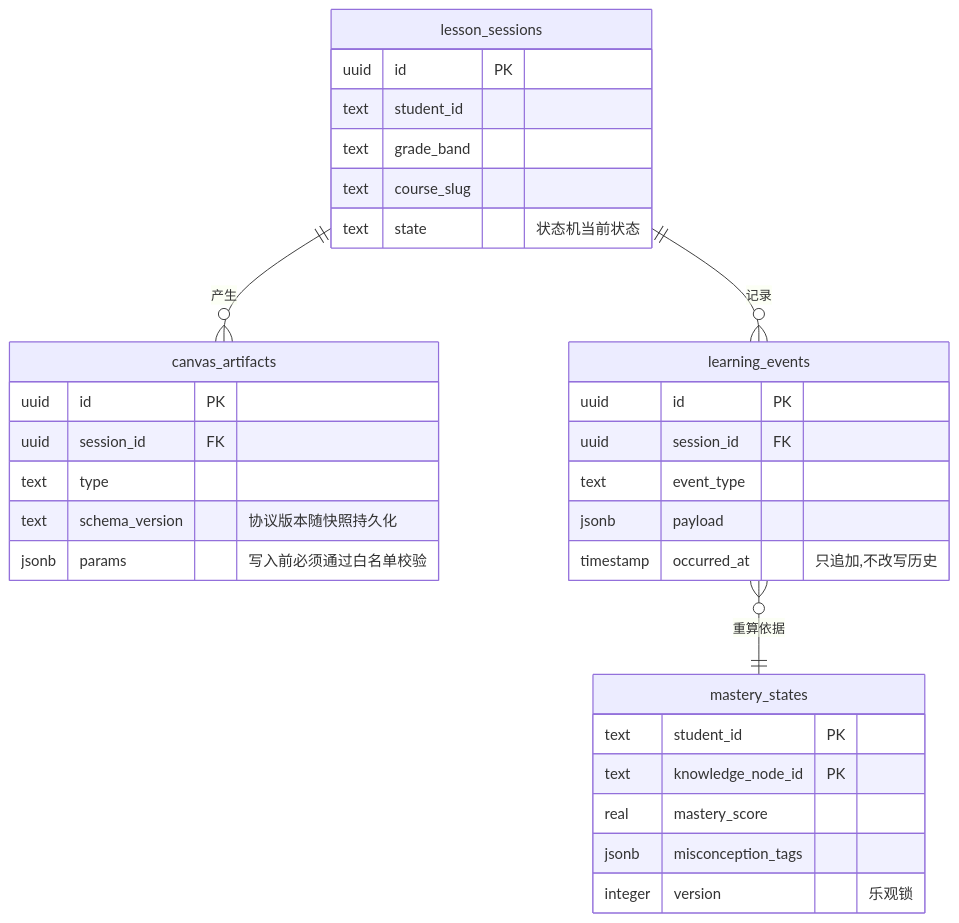
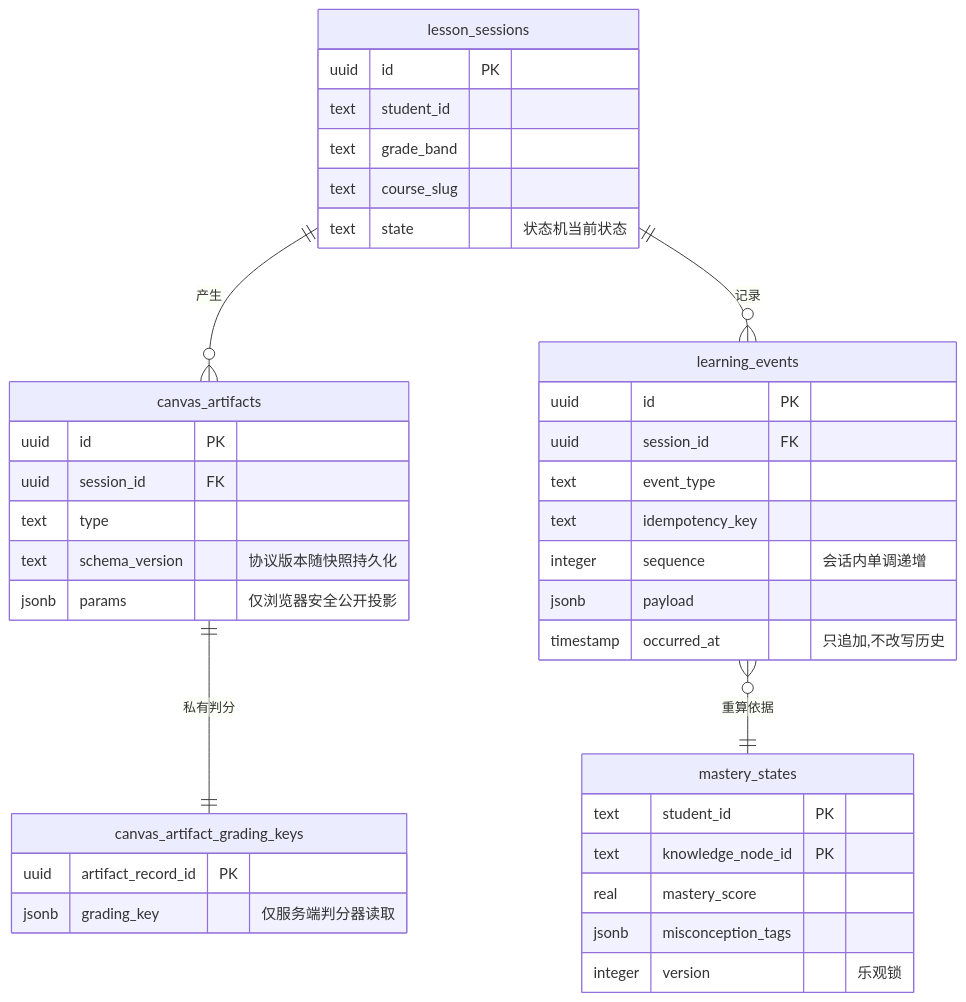
One commit to Timcai06/EduCanvas changed the sixth of 7 diagrams in README.md. Above: the diagram before and after it, drawn with Mermaid. The commit also changed other lines of this file and 64 other files, not shown here.

````diff
--- a/README.md
+++ b/README.md
@@ -180,35 +188,42 @@
 ```mermaid
 erDiagram
     lesson_sessions ||--o{ canvas_artifacts : "产生"
+    canvas_artifacts ||--|| canvas_artifact_grading_keys : "私有判分"
     lesson_sessions ||--o{ learning_events : "记录"
     learning_events }o--|| mastery_states : "重算依据"
 
     lesson_sessions {
         uuid id PK
         text student_id
         text grade_band
         text course_slug
         text state "状态机当前状态"
     }
     canvas_artifacts {
         uuid id PK
         uuid session_id FK
         text type
         text schema_version "协议版本随快照持久化"
-        jsonb params "写入前必须通过白名单校验"
+        jsonb params "仅浏览器安全公开投影"
+    }
+    canvas_artifact_grading_keys {
+        uuid artifact_record_id PK
+        jsonb grading_key "仅服务端判分器读取"
     }
     learning_events {
         uuid id PK
         uuid session_id FK
         text event_type
+        text idempotency_key
+        integer sequence "会话内单调递增"
         jsonb payload
         timestamp occurred_at "只追加,不改写历史"
     }
     mastery_states {
         text student_id PK
         text knowledge_node_id PK
         real mastery_score
         jsonb misconception_tags
         integer version "乐观锁"
     }
 ```
````
